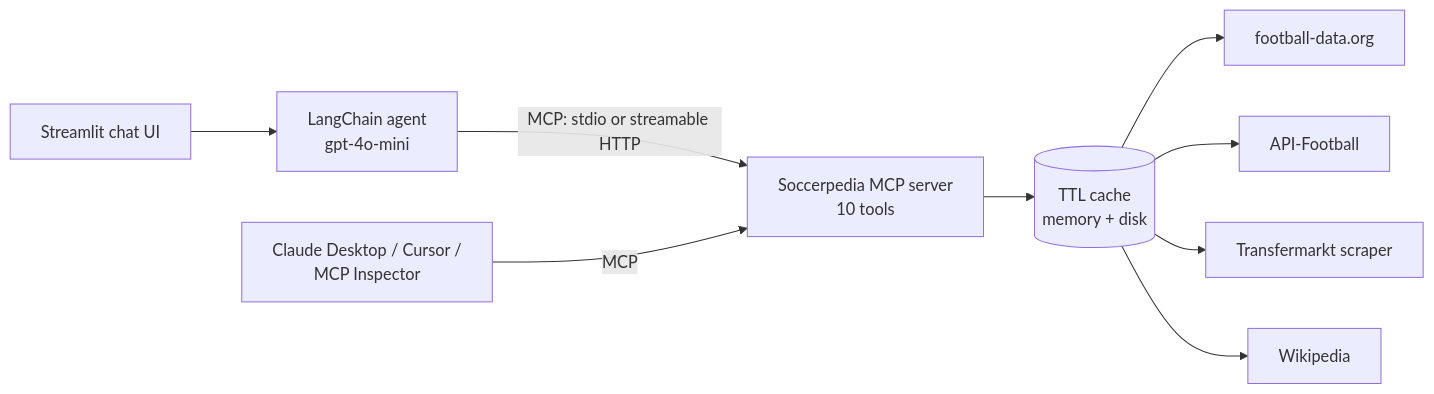
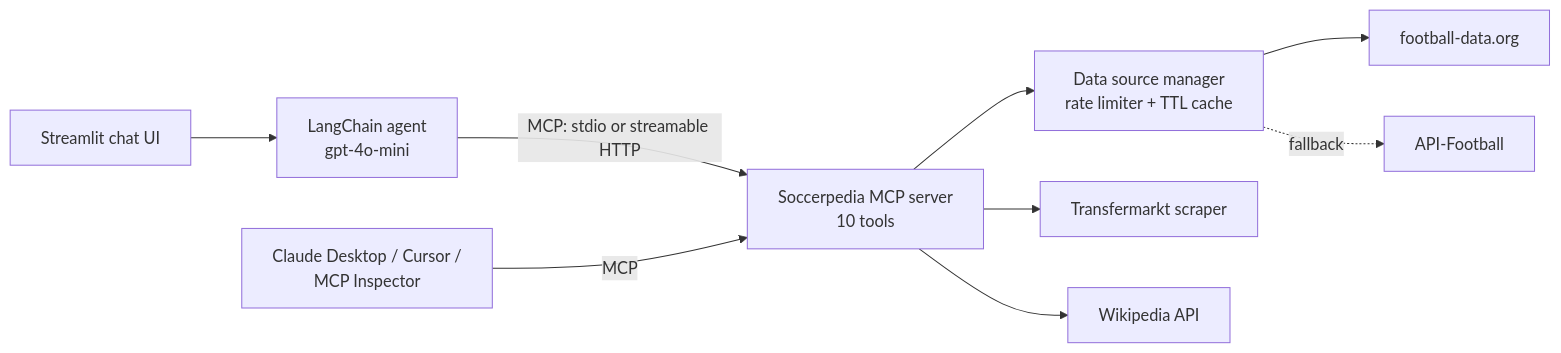
The diagram in README.md (RobertRotaru/SoccerPedia), drawn with Mermaid before and after one commit. The commit also changed other lines of this file, not shown here.

First line of the commit message:
README: describe the cache, data sources and limitations accurately (#2)

````diff
--- a/README.md
+++ b/README.md
@@ -14,11 +14,11 @@
 ```mermaid
 flowchart LR
     UI[Streamlit chat UI] --> Agent[LangChain agent<br/>gpt-4o-mini]
     Agent -- MCP: stdio or streamable HTTP --> Server[Soccerpedia MCP server<br/>10 tools]
     Other[Claude Desktop / Cursor /<br/>MCP Inspector] -- MCP --> Server
-    Server --> Cache[(TTL cache<br/>memory + disk)]
-    Cache --> FD[football-data.org]
-    Cache --> AF[API-Football]
-    Cache --> TM[Transfermarkt scraper]
-    Cache --> WP[Wikipedia]
+    Server --> DSM[Data source manager<br/>rate limiter + TTL cache]
+    DSM --> FD[football-data.org]
+    DSM -. fallback .-> AF[API-Football]
+    Server --> TM[Transfermarkt scraper]
+    Server --> WP[Wikipedia API]
 ```
````
